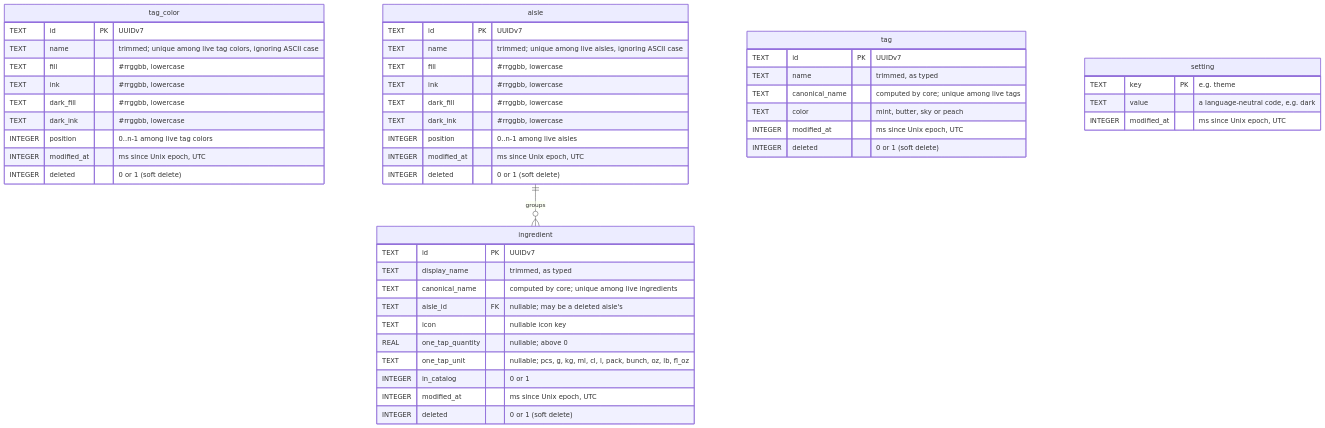
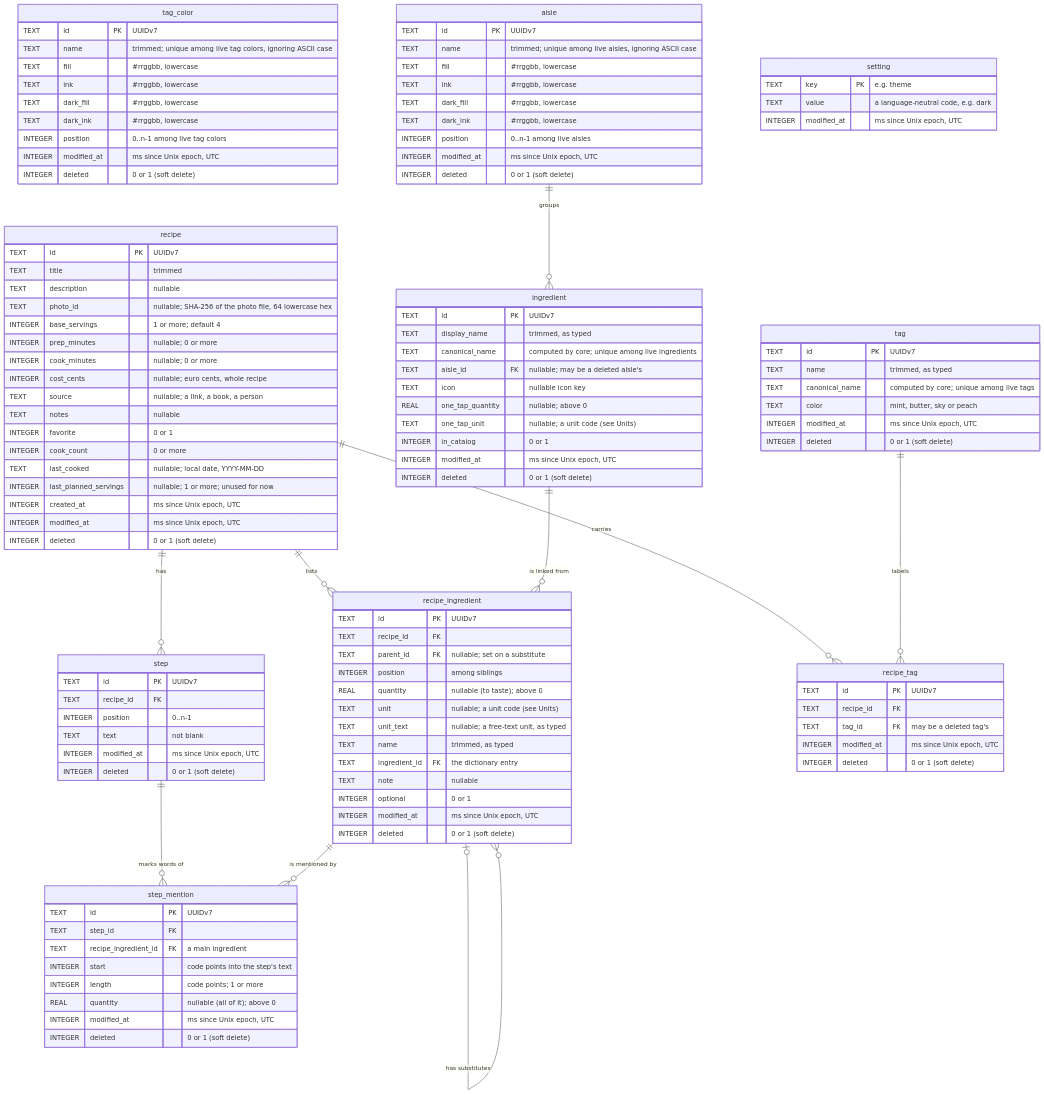
The diagram in docs/schema.md (nyquo/ProjectCookBook), drawn with Mermaid before and after one commit. The commit also changed other lines of this file and 83 other files, not shown here.

````diff
--- a/docs/schema.md
+++ b/docs/schema.md
@@ -33,7 +33,7 @@
         TEXT aisle_id FK "nullable; may be a deleted aisle's"
         TEXT icon "nullable icon key"
         REAL one_tap_quantity "nullable; above 0"
-        TEXT one_tap_unit "nullable; pcs, g, kg, ml, cl, l, pack, bunch, oz, lb, fl_oz"
+        TEXT one_tap_unit "nullable; a unit code (see Units)"
         INTEGER in_catalog "0 or 1"
         INTEGER modified_at "ms since Unix epoch, UTC"
         INTEGER deleted "0 or 1 (soft delete)"
@@ -46,10 +46,77 @@
         INTEGER modified_at "ms since Unix epoch, UTC"
         INTEGER deleted "0 or 1 (soft delete)"
     }
+    recipe {
+        TEXT id PK "UUIDv7"
+        TEXT title "trimmed"
+        TEXT description "nullable"
+        TEXT photo_id "nullable; SHA-256 of the photo file, 64 lowercase hex"
+        INTEGER base_servings "1 or more; default 4"
+        INTEGER prep_minutes "nullable; 0 or more"
+        INTEGER cook_minutes "nullable; 0 or more"
+        INTEGER cost_cents "nullable; euro cents, whole recipe"
+        TEXT source "nullable; a link, a book, a person"
+        TEXT notes "nullable"
+        INTEGER favorite "0 or 1"
+        INTEGER cook_count "0 or more"
+        TEXT last_cooked "nullable; local date, YYYY-MM-DD"
+        INTEGER last_planned_servings "nullable; 1 or more; unused for now"
+        INTEGER created_at "ms since Unix epoch, UTC"
+        INTEGER modified_at "ms since Unix epoch, UTC"
+        INTEGER deleted "0 or 1 (soft delete)"
+    }
+    recipe_ingredient {
+        TEXT id PK "UUIDv7"
+        TEXT recipe_id FK
+        TEXT parent_id FK "nullable; set on a substitute"
+        INTEGER position "among siblings"
+        REAL quantity "nullable (to taste); above 0"
+        TEXT unit "nullable; a unit code (see Units)"
+        TEXT unit_text "nullable; a free-text unit, as typed"
+        TEXT name "trimmed, as typed"
+        TEXT ingredient_id FK "the dictionary entry"
+        TEXT note "nullable"
+        INTEGER optional "0 or 1"
+        INTEGER modified_at "ms since Unix epoch, UTC"
+        INTEGER deleted "0 or 1 (soft delete)"
+    }
+    step {
+        TEXT id PK "UUIDv7"
+        TEXT recipe_id FK
+        INTEGER position "0..n-1"
+        TEXT text "not blank"
+        INTEGER modified_at "ms since Unix epoch, UTC"
+        INTEGER deleted "0 or 1 (soft delete)"
+    }
+    step_mention {
+        TEXT id PK "UUIDv7"
+        TEXT step_id FK
+        TEXT recipe_ingredient_id FK "a main ingredient"
+        INTEGER start "code points into the step's text"
+        INTEGER length "code points; 1 or more"
+        REAL quantity "nullable (all of it); above 0"
+        INTEGER modified_at "ms since Unix epoch, UTC"
+        INTEGER deleted "0 or 1 (soft delete)"
+    }
+    recipe_tag {
+        TEXT id PK "UUIDv7"
+        TEXT recipe_id FK
+        TEXT tag_id FK "may be a deleted tag's"
+        INTEGER modified_at "ms since Unix epoch, UTC"
+        INTEGER deleted "0 or 1 (soft delete)"
+    }
     setting {
         TEXT key PK "e.g. theme"
         TEXT value "a language-neutral code, e.g. dark"
         INTEGER modified_at "ms since Unix epoch, UTC"
     }
     aisle ||--o{ ingredient : "groups"
+    recipe ||--o{ recipe_ingredient : "lists"
+    recipe_ingredient |o--o{ recipe_ingredient : "has substitutes"
+    ingredient ||--o{ recipe_ingredient : "is linked from"
+    recipe ||--o{ step : "has"
+    step ||--o{ step_mention : "marks words of"
+    recipe_ingredient ||--o{ step_mention : "is mentioned by"
+    recipe ||--o{ recipe_tag : "carries"
+    tag ||--o{ recipe_tag : "labels"
 ```
````
